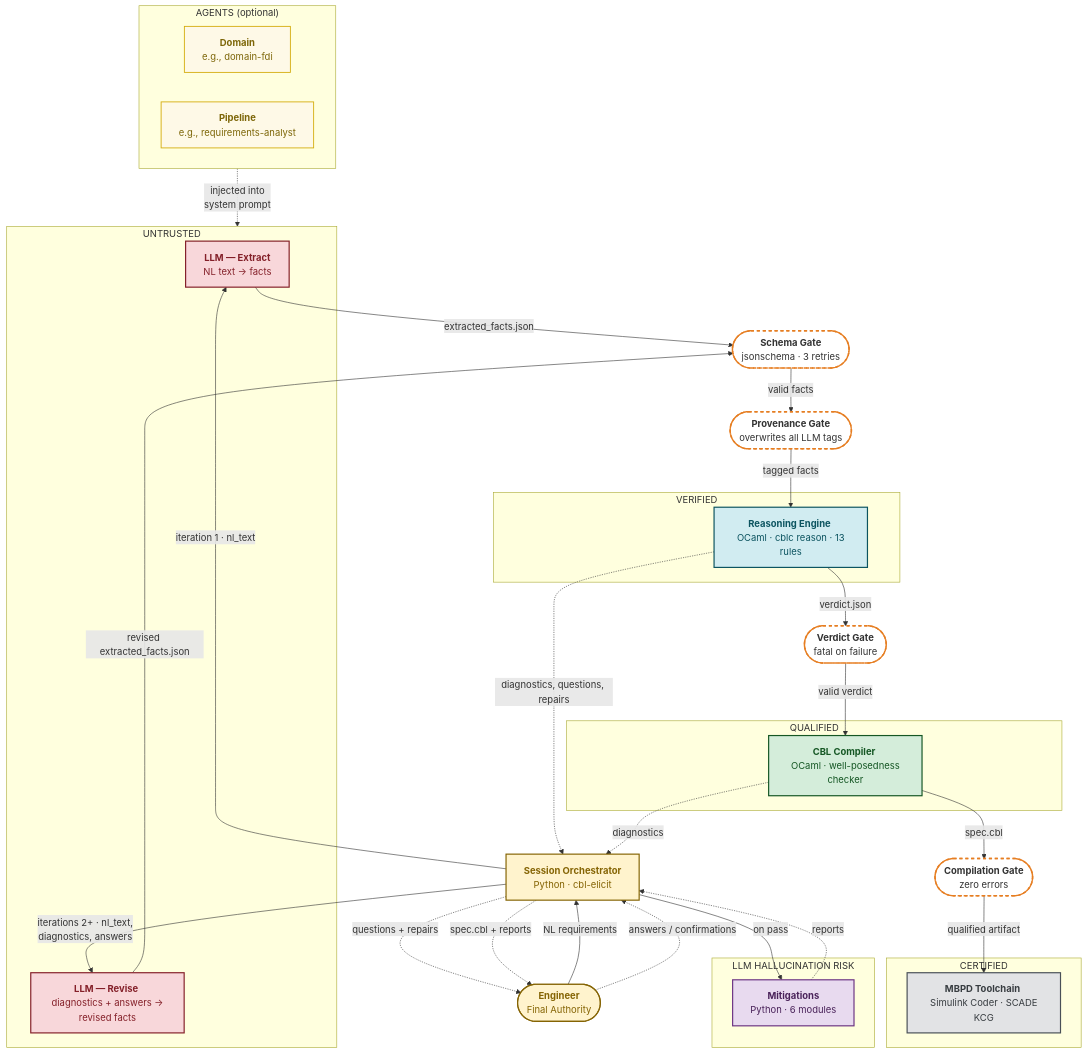
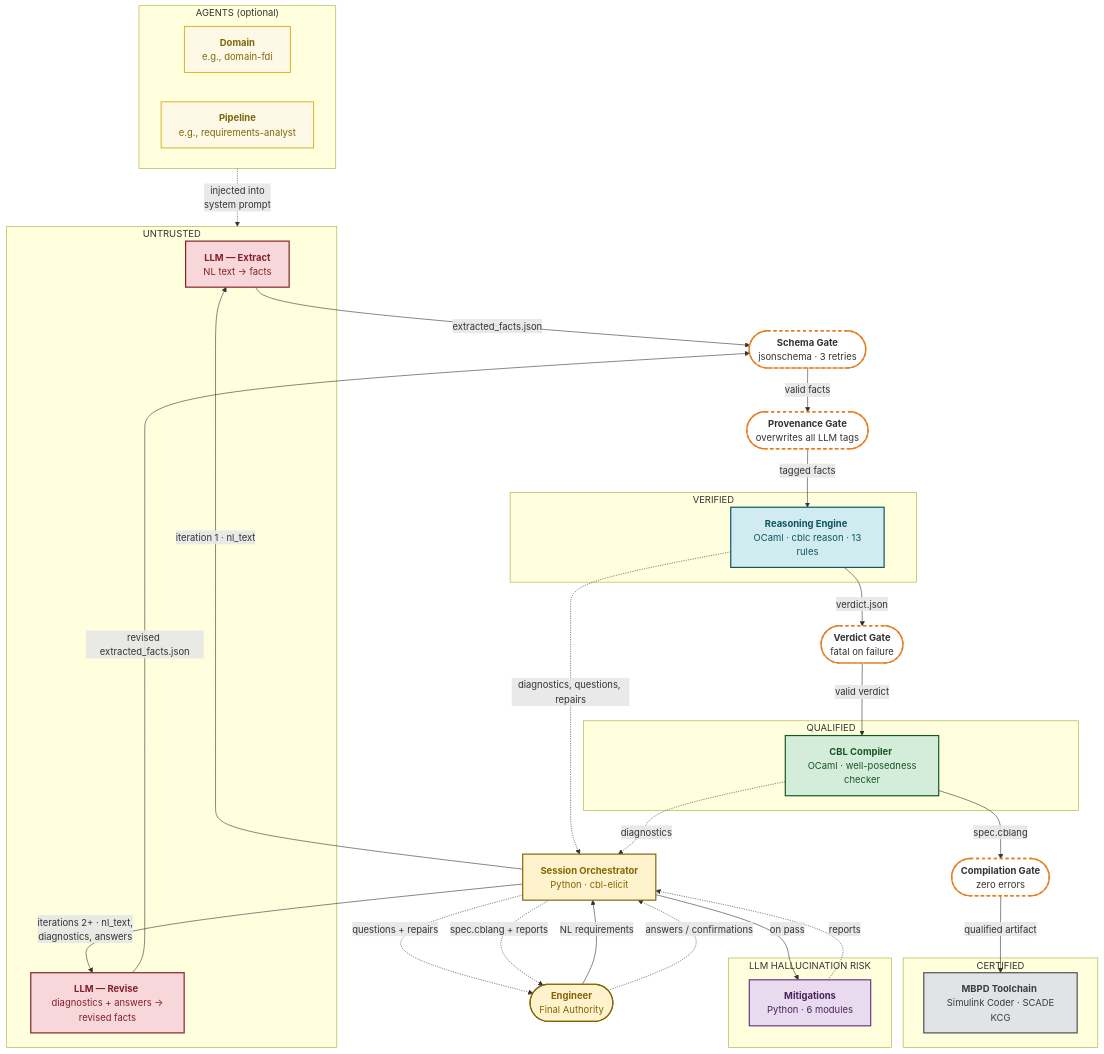
The first of 2 diagrams in ARCHITECTURE.md (isrlab/cbl), drawn with Mermaid before and after one commit. The commit also changed other lines of this file and 18 other files, not shown here.

```diff
--- a/ARCHITECTURE.md
+++ b/ARCHITECTURE.md
@@ -30,7 +30,7 @@
     Engineer -- "NL requirements" --> Session
     Engineer -. "answers / confirmations" .-> Session
     Session -. "questions + repairs" .-> Engineer
-    Session -. "spec.cbl + reports" .-> Engineer
+    Session -. "spec.cblang + reports" .-> Engineer
 
     %% ── Row 3: Untrusted (right) + Agents (far right) ──
     subgraph UZ ["UNTRUSTED"]
@@ -77,7 +77,7 @@
 
     %% ── Row 9: Compilation Gate ──
     CompilerGate(["<b>Compilation Gate</b> <br> zero errors"]):::gate
-    Compiler -- "spec.cbl" --> CompilerGate
+    Compiler -- "spec.cblang" --> CompilerGate
 
     %% ── Row 10: Outputs (left: MBPD, right: Mitigations) ──
     subgraph CZ ["CERTIFIED"]
```
